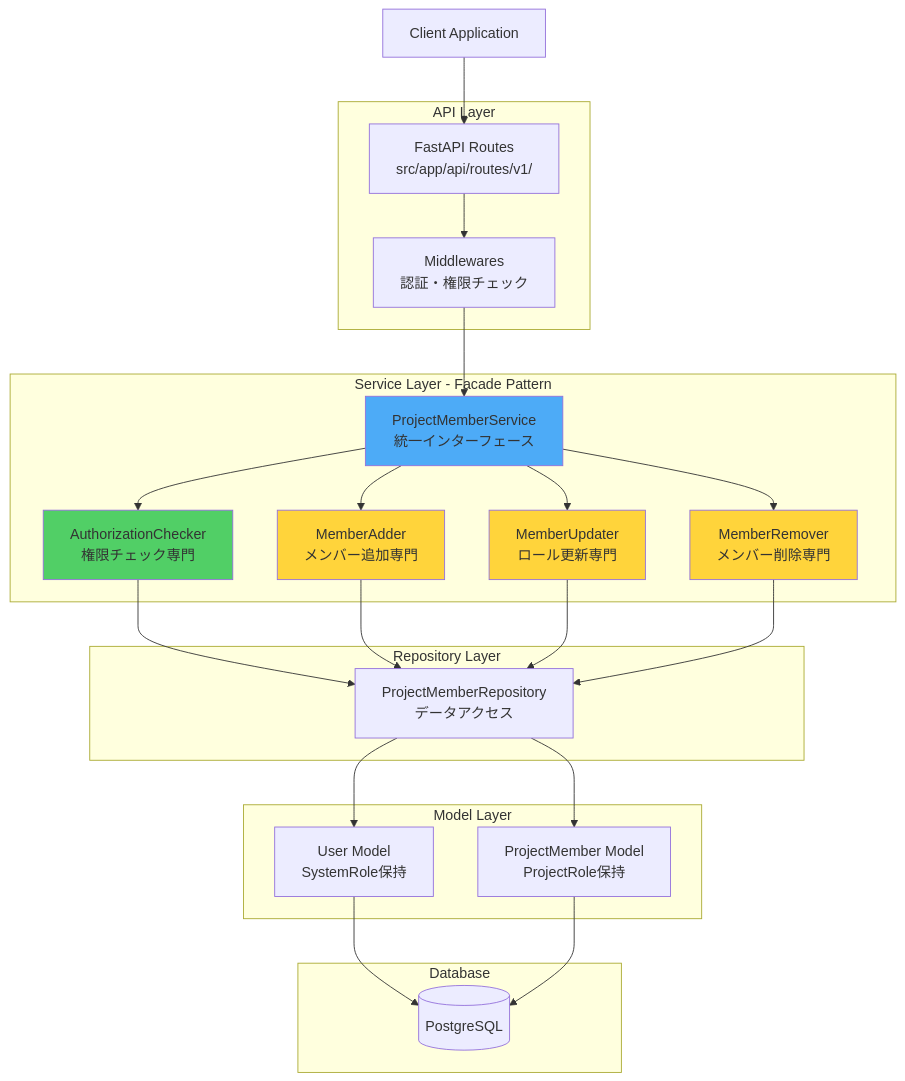
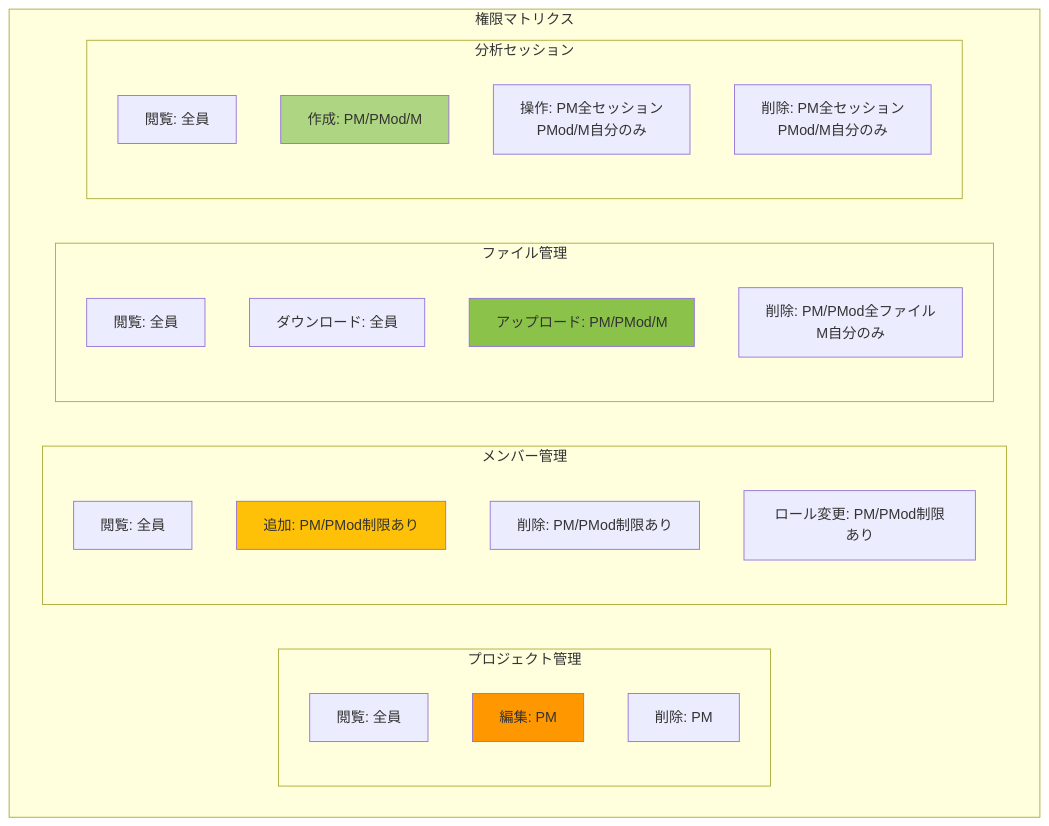
The eighth of 11 diagrams in docs/specifications/03-security/01-rbac-design.md (nomura-koshiro/genai-app-docs), drawn with Mermaid before and after one commit. The commit also changed other lines of this file and 35 other files, not shown here.

````diff
--- a/docs/specifications/03-security/01-rbac-design.md
+++ b/docs/specifications/03-security/01-rbac-design.md
@@ -560,52 +355,38 @@
 ```mermaid
-graph TD
-    Client[Client Application]
+graph TB
+    subgraph "権限マトリクス"
+        direction LR
 
-    subgraph "API Layer"
-        API[FastAPI Routes<br/>src/app/api/routes/v1/]
-        Middleware[Middlewares<br/>認証・権限チェック]
+        subgraph "プロジェクト管理"
+            P1[閲覧: 全員]
+            P2[編集: PM]
+            P3[削除: PM]
+        end
+
+        subgraph "メンバー管理"
+            M1[閲覧: 全員]
+            M2[追加: PM/PMod制限あり]
+            M3[削除: PM/PMod制限あり]
+            M4[ロール変更: PM/PMod制限あり]
+        end
+
+        subgraph "ファイル管理"
+            F1[閲覧: 全員]
+            F2[ダウンロード: 全員]
+            F3[アップロード: PM/PMod/M]
+            F4[削除: PM/PMod全ファイル<br/>M自分のみ]
+        end
+
+        subgraph "分析セッション"
+            A1[閲覧: 全員]
+            A2[作成: PM/PMod/M]
+            A3[操作: PM全セッション<br/>PMod/M自分のみ]
+            A4[削除: PM全セッション<br/>PMod/M自分のみ]
+        end
     end
 
-    subgraph "Service Layer - Facade Pattern"
-        Facade[ProjectMemberService<br/>統一インターフェース]
-        AuthChecker[AuthorizationChecker<br/>権限チェック専門]
-        Adder[MemberAdder<br/>メンバー追加専門]
-        Updater[MemberUpdater<br/>ロール更新専門]
-        Remover[MemberRemover<br/>メンバー削除専門]
-    end
-
-    subgraph "Repository Layer"
-        Repo[ProjectMemberRepository<br/>データアクセス]
-    end
-
-    subgraph "Model Layer"
-        User[User Model<br/>SystemRole保持]
-        ProjectMember[ProjectMember Model<br/>ProjectRole保持]
-    end
-
-    subgraph "Database"
-        DB[(PostgreSQL)]
-    end
-
-    Client --> API
-    API --> Middleware
-    Middleware --> Facade
-    Facade --> AuthChecker
-    Facade --> Adder
-    Facade --> Updater
-    Facade --> Remover
-    AuthChecker --> Repo
-    Adder --> Repo
-    Updater --> Repo
-    Remover --> Repo
-    Repo --> User
-    Repo --> ProjectMember
-    User --> DB
-    ProjectMember --> DB
-
-    style Facade fill:#4dabf7
-    style AuthChecker fill:#51cf66
-    style Adder fill:#ffd43b
-    style Updater fill:#ffd43b
-    style Remover fill:#ffd43b
+    style P2 fill:#FF9800
+    style M2 fill:#FFC107
+    style F3 fill:#8BC34A
+    style A2 fill:#AED581
 ```
````
